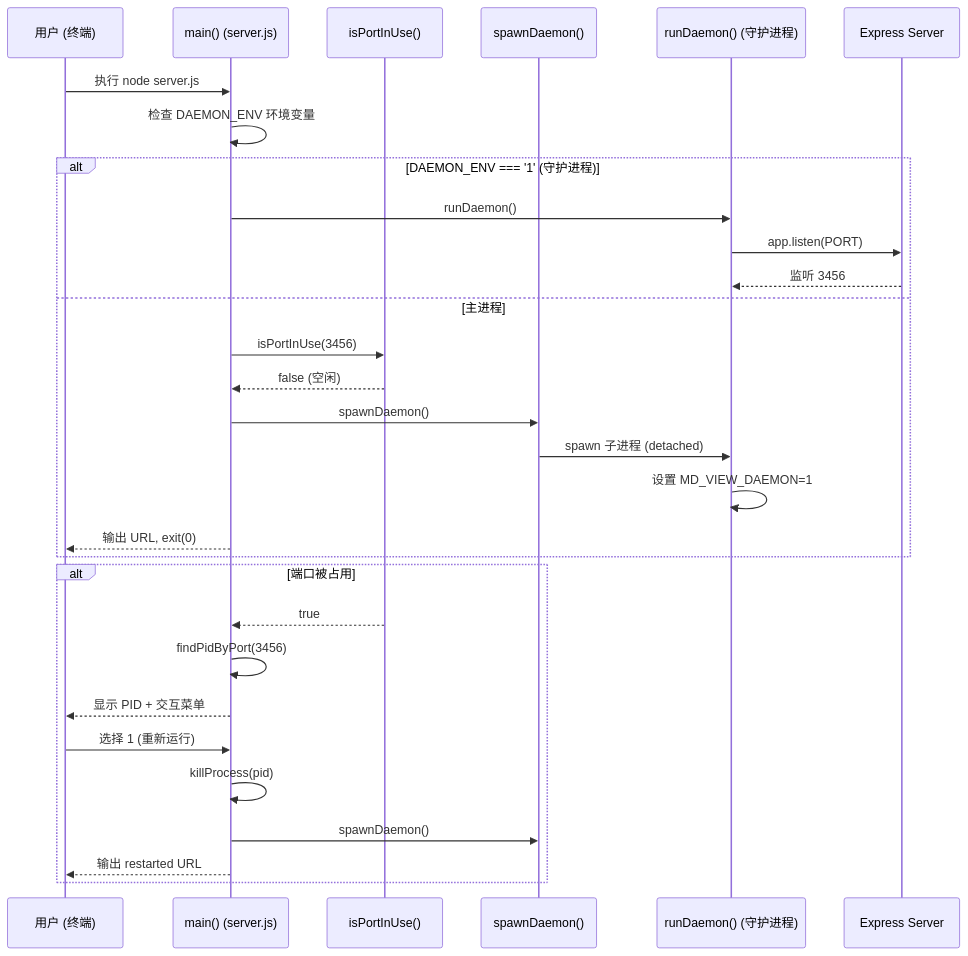
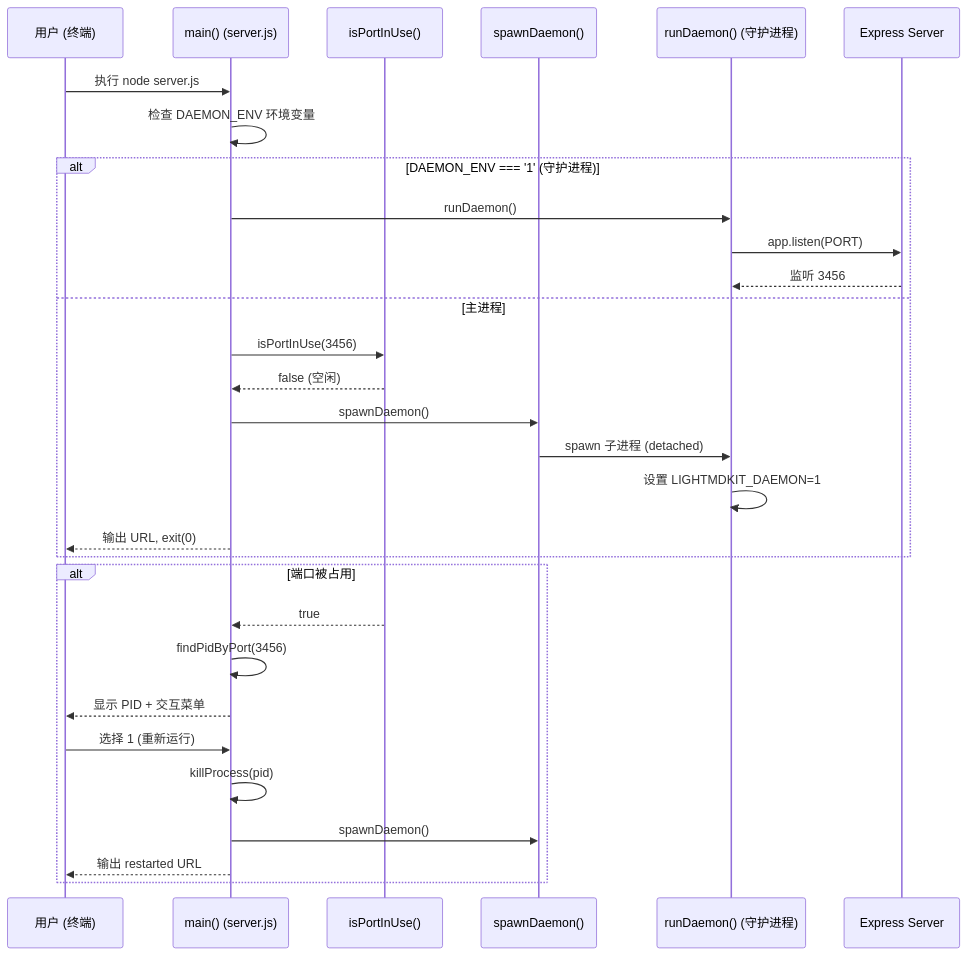
Before and after one commit to Leo-H-W/LightMDKit: the ninth of 10 diagrams in doc/kb/业务知识库/业务流程详解.md, drawn with Mermaid. The commit also changed other lines of this file and 26 other files, not shown here.

````diff
--- a/doc/kb/业务知识库/业务流程详解.md
+++ b/doc/kb/业务知识库/业务流程详解.md
@@ -634,34 +634,34 @@
 ```mermaid
 sequenceDiagram
     participant User as 用户 (终端)
     participant Main as main() (server.js)
     participant Port as isPortInUse()
     participant Spawn as spawnDaemon()
     participant Daemon as runDaemon() (守护进程)
     participant Express as Express Server
 
     User->>Main: 执行 node server.js
     Main->>Main: 检查 DAEMON_ENV 环境变量
     alt DAEMON_ENV === '1' (守护进程)
         Main->>Daemon: runDaemon()
         Daemon->>Express: app.listen(PORT)
         Express-->>Daemon: 监听 3456
     else 主进程
         Main->>Port: isPortInUse(3456)
         Port-->>Main: false (空闲)
         Main->>Spawn: spawnDaemon()
         Spawn->>Daemon: spawn 子进程 (detached)
-        Daemon->>Daemon: 设置 MD_VIEW_DAEMON=1
+        Daemon->>Daemon: 设置 LIGHTMDKIT_DAEMON=1
         Main-->>User: 输出 URL, exit(0)
     end
 
     alt 端口被占用
         Port-->>Main: true
         Main->>Main: findPidByPort(3456)
         Main-->>User: 显示 PID + 交互菜单
         User->>Main: 选择 1 (重新运行)
         Main->>Main: killProcess(pid)
         Main->>Spawn: spawnDaemon()
         Main-->>User: 输出 restarted URL
     end
 ```
````
